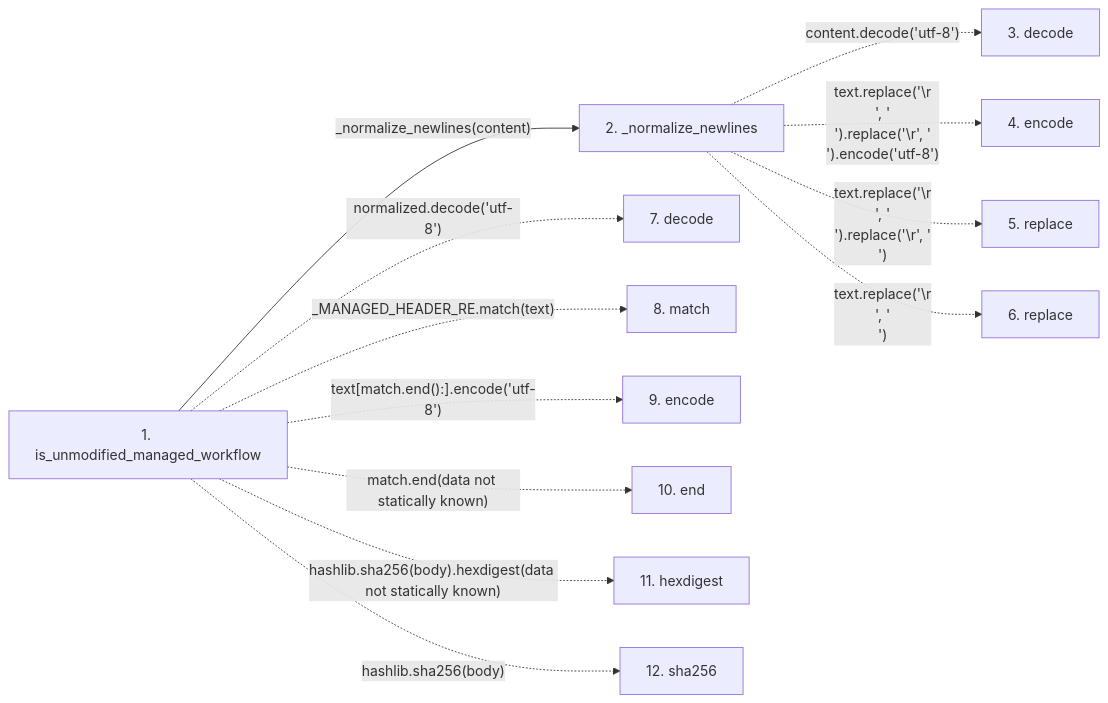
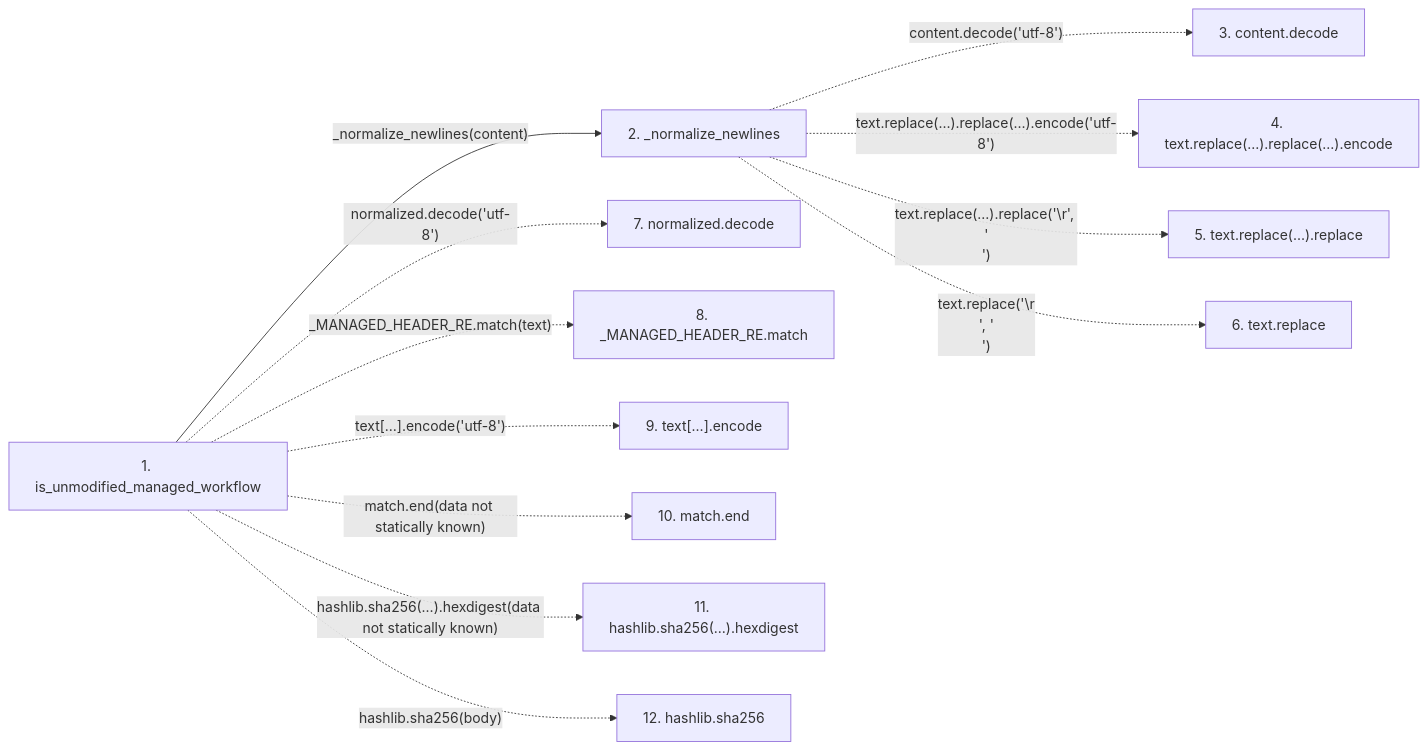
One commit to Denissvgn/python-wiki-llm changed the second of 2 diagrams in docs/llm_wiki/flows/api-is_unmodified_managed_workflow.md. Above: the diagram before and after it, drawn with Mermaid. The commit also changed other lines of this file and 719 other files, not shown here.

````diff
--- a/docs/llm_wiki/flows/api-is_unmodified_managed_workflow.md
+++ b/docs/llm_wiki/flows/api-is_unmodified_managed_workflow.md
@@ -41,28 +44,28 @@
 ```mermaid
 flowchart LR
     s1["1. is_unmodified_managed_workflow"]
     s2["2. _normalize_newlines"]
-    s3["3. decode"]
-    s4["4. encode"]
-    s5["5. replace"]
-    s6["6. replace"]
-    s7["7. decode"]
-    s8["8. match"]
-    s9["9. encode"]
-    s10["10. end"]
-    s11["11. hexdigest"]
-    s12["12. sha256"]
+    s3["3. content.decode"]
+    s4["4. text.replace(…).replace(…).encode"]
+    s5["5. text.replace(…).replace"]
+    s6["6. text.replace"]
+    s7["7. normalized.decode"]
+    s8["8. _MANAGED_HEADER_RE.match"]
+    s9["9. text[…].encode"]
+    s10["10. match.end"]
+    s11["11. hashlib.sha256(…).hexdigest"]
+    s12["12. hashlib.sha256"]
     s1 -->|"_normalize_newlines(content)"| s2
     s2 -. "content.decode('utf-8')" .-> s3
-    s2 -. "text.replace('\r\n', '\n').replace('\r', '\n').encode('utf-8')" .-> s4
-    s2 -. "text.replace('\r\n', '\n').replace('\r', '\n')" .-> s5
+    s2 -. "text.replace(…).replace(…).encode('utf-8')" .-> s4
+    s2 -. "text.replace(…).replace('\r', '\n')" .-> s5
     s2 -. "text.replace('\r\n', '\n')" .-> s6
     s1 -. "normalized.decode('utf-8')" .-> s7
     s1 -. "_MANAGED_HEADER_RE.match(text)" .-> s8
-    s1 -. "text[match.end():].encode('utf-8')" .-> s9
+    s1 -. "text[…].encode('utf-8')" .-> s9
     s1 -. "match.end(data not statically known)" .-> s10
-    s1 -. "hashlib.sha256(body).hexdigest(data not statically known)" .-> s11
+    s1 -. "hashlib.sha256(…).hexdigest(data not statically known)" .-> s11
     s1 -. "hashlib.sha256(body)" .-> s12
     click s1 "../modules/ci_installer.md"
     click s2 "../modules/ci_installer.md"
 ```
````
